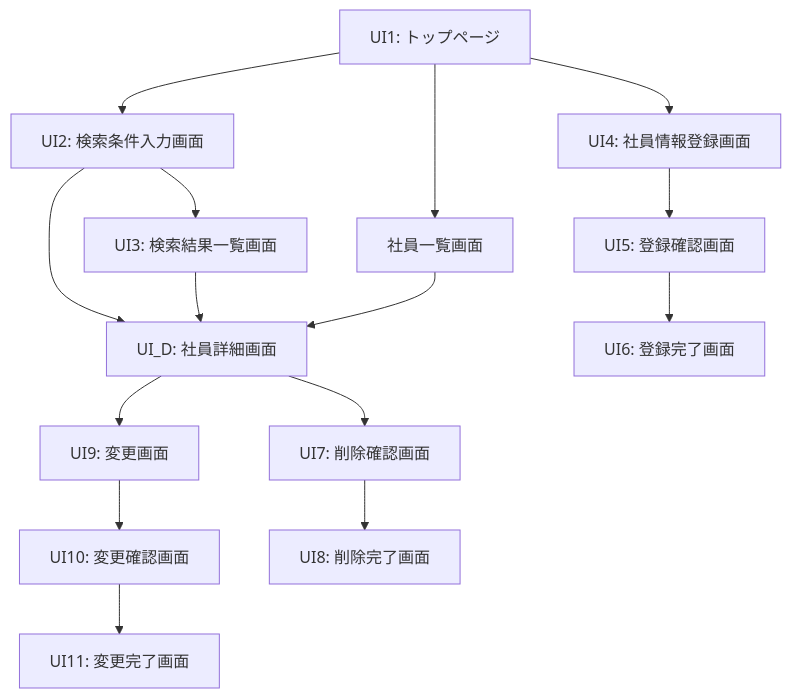
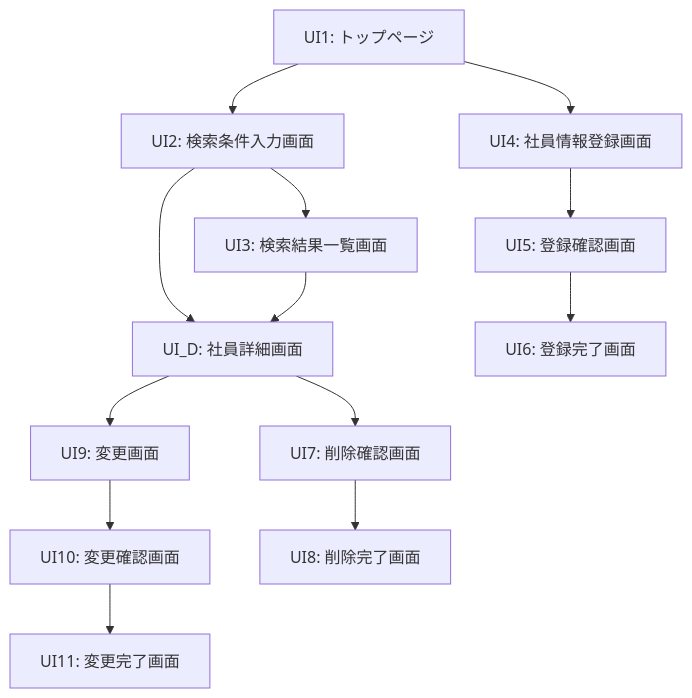
The second of 8 diagrams in EIMS_Comprehensive_Exercise_Guide.md (juyeongjung1/NewEIMS), drawn with Mermaid before and after one commit. The commit also changed other lines of this file, not shown here.

Commit message:
UIフロー図からトップページ→社員一覧への遷移ルートを削除（トップページは検索・登録へのリンクのみ）

````diff
--- a/EIMS_Comprehensive_Exercise_Guide.md
+++ b/EIMS_Comprehensive_Exercise_Guide.md
@@ -533,21 +533,19 @@
 ```mermaid
 flowchart TD
     UI1[UI1: トップページ] --> UI2[UI2: 検索条件入力画面]
-    UI1 --> UI_L[社員一覧画面]
     UI1 --> UI4[UI4: 社員情報登録画面]
     
     UI2 --> UI_D[UI_D: 社員詳細画面]
     UI2 --> UI3[UI3: 検索結果一覧画面]
     UI3 --> UI_D
-    UI_L --> UI_D
     
     UI4 --> UI5[UI5: 登録確認画面]
     UI5 --> UI6[UI6: 登録完了画面]
     
     UI_D --> UI9[UI9: 変更画面]
     UI9 --> UI10[UI10: 変更確認画面]
     UI10 --> UI11[UI11: 変更完了画面]
     
     UI_D --> UI7[UI7: 削除確認画面]
     UI7 --> UI8[UI8: 削除完了画面]
 ```
````
